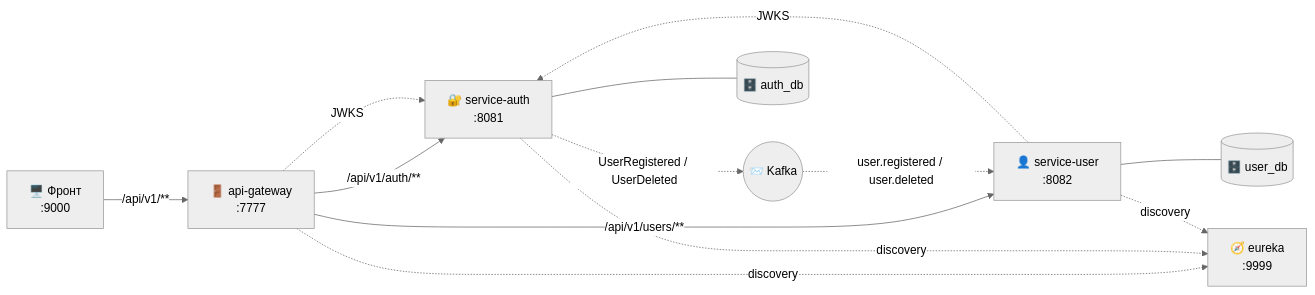
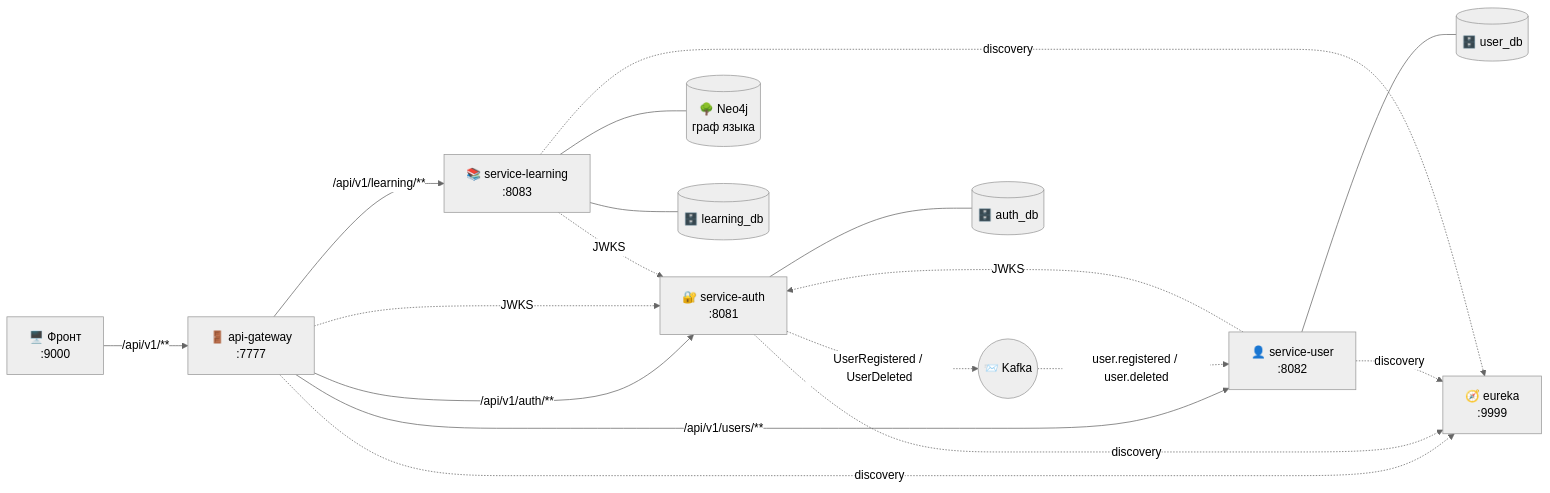
One commit to eunoia-application/eunoia-core changed the first of 2 diagrams in README.md. Above: the diagram before and after it, drawn with Mermaid (neutral theme). The commit also changed other lines of this file and 44 other files, not shown here.

````diff
--- a/README.md
+++ b/README.md
@@ -79,13 +79,15 @@
 ```mermaid
 flowchart LR
     FE["🖥️ Фронт<br/>:9000"] -->|/api/v1/**| GW["🚪 api-gateway<br/>:7777"]
     GW -->|/api/v1/auth/**| AUTH["🔐 service-auth<br/>:8081"]
     GW -->|/api/v1/users/**| USER["👤 service-user<br/>:8082"]
+    GW -->|/api/v1/learning/**| LEARN["📚 service-learning<br/>:8083"]
     AUTH -.->|"UserRegistered / UserDeleted"| K(("📨 Kafka"))
     K -.->|"user.registered / user.deleted"| USER
     AUTH --- PGA[("🗄️ auth_db")]
     USER --- PGU[("🗄️ user_db")]
-    GW & AUTH & USER -.->|discovery| EU["🧭 eureka<br/>:9999"]
-    GW -.->|JWKS| AUTH
-    USER -.->|JWKS| AUTH
+    LEARN --- NEO[("🌳 Neo4j<br/>граф языка")]
+    LEARN --- PGL[("🗄️ learning_db")]
+    GW & AUTH & USER & LEARN -.->|discovery| EU["🧭 eureka<br/>:9999"]
+    GW & USER & LEARN -.->|JWKS| AUTH
 ```
````
